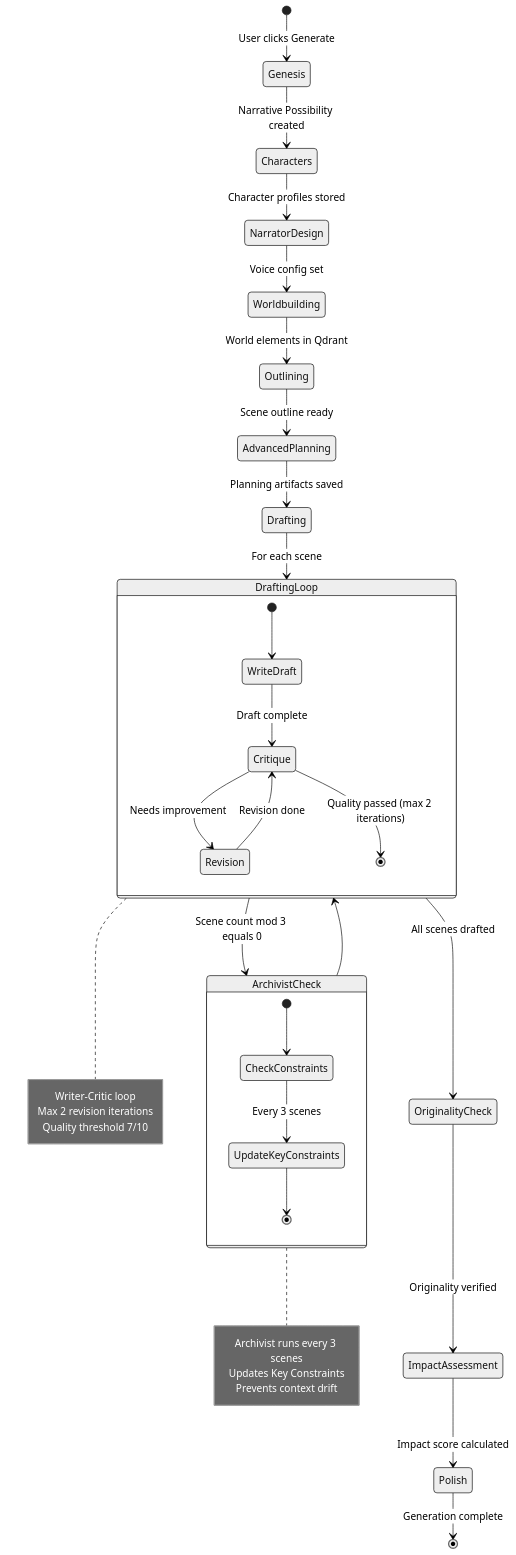
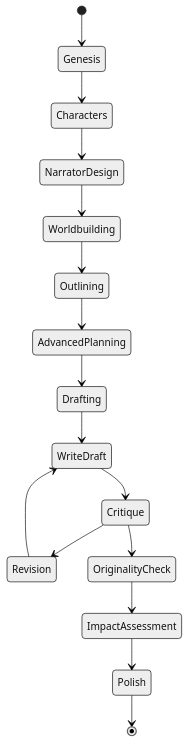
Before and after one commit to IShalkin/manoe: the third of 9 diagrams in README.md, drawn with Mermaid (neutral theme). The commit also changed other lines of this file, not shown here.

First line of the commit message:
fix: Simplify Mermaid diagrams for GitHub compatibility

````diff
--- a/README.md
+++ b/README.md
@@ -136,47 +122,18 @@
 ```mermaid
 stateDiagram-v2
-    [*] --> Genesis: User clicks Generate
-    
-    Genesis --> Characters: Narrative Possibility created
-    Characters --> NarratorDesign: Character profiles stored
-    NarratorDesign --> Worldbuilding: Voice config set
-    Worldbuilding --> Outlining: World elements in Qdrant
-    Outlining --> AdvancedPlanning: Scene outline ready
-    AdvancedPlanning --> Drafting: Planning artifacts saved
-    
-    state DraftingLoop {
-        [*] --> WriteDraft
-        WriteDraft --> Critique: Draft complete
-        Critique --> Revision: Needs improvement
-        Revision --> Critique: Revision done
-        Critique --> [*]: Quality passed (max 2 iterations)
-    }
-    
-    Drafting --> DraftingLoop: For each scene
-    DraftingLoop --> OriginalityCheck: All scenes drafted
-    
-    state ArchivistCheck {
-        [*] --> CheckConstraints
-        CheckConstraints --> UpdateKeyConstraints: Every 3 scenes
-        UpdateKeyConstraints --> [*]
-    }
-    
-    DraftingLoop --> ArchivistCheck: Scene count mod 3 equals 0
-    ArchivistCheck --> DraftingLoop
-    
-    OriginalityCheck --> ImpactAssessment: Originality verified
-    ImpactAssessment --> Polish: Impact score calculated
-    Polish --> [*]: Generation complete
-    
-    note right of DraftingLoop
-        Writer-Critic loop
-        Max 2 revision iterations
-        Quality threshold 7/10
-    end note
-    
-    note right of ArchivistCheck
-        Archivist runs every 3 scenes
-        Updates Key Constraints
-        Prevents context drift
-    end note
+    [*] --> Genesis
+    Genesis --> Characters
+    Characters --> NarratorDesign
+    NarratorDesign --> Worldbuilding
+    Worldbuilding --> Outlining
+    Outlining --> AdvancedPlanning
+    AdvancedPlanning --> Drafting
+    Drafting --> WriteDraft
+    WriteDraft --> Critique
+    Critique --> Revision
+    Revision --> WriteDraft
+    Critique --> OriginalityCheck
+    OriginalityCheck --> ImpactAssessment
+    ImpactAssessment --> Polish
+    Polish --> [*]
 ```
````
